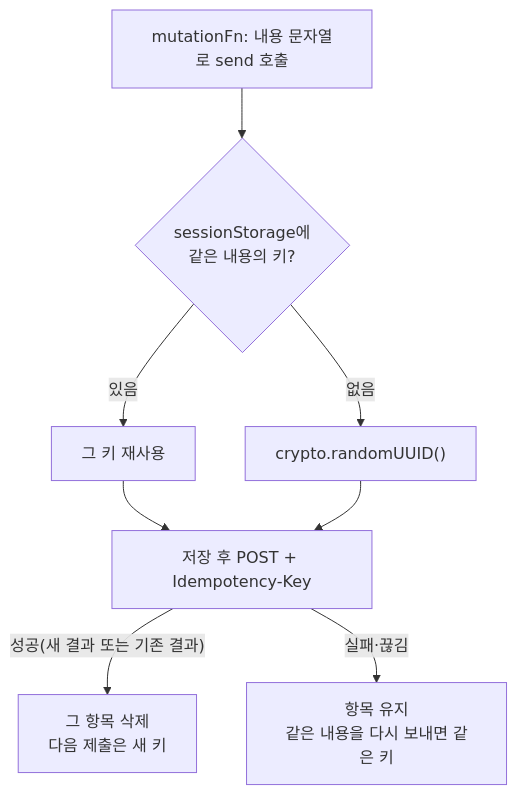
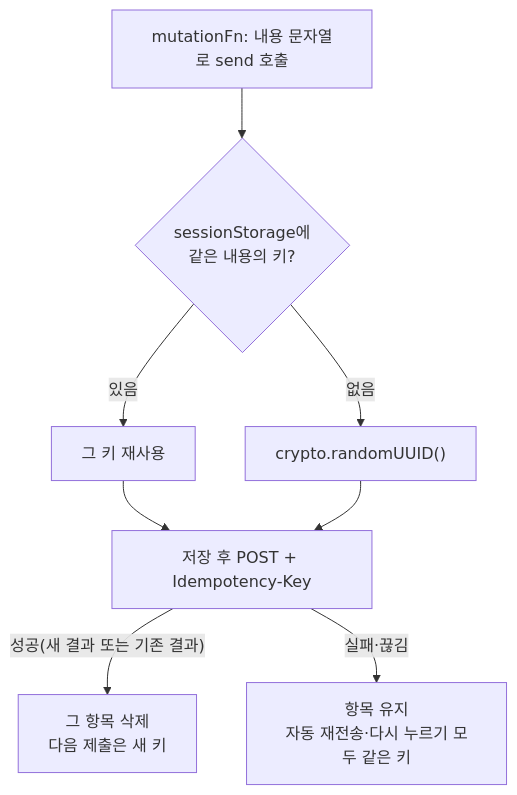
One commit to BAECHAN/link-sphere_FE_NEW changed the third of 4 diagrams in docs/FE-ARCHITECTURE.md. Above: the diagram before and after it, drawn with Mermaid. The commit also changed other lines of this file and 28 other files, not shown here.

````diff
--- a/docs/FE-ARCHITECTURE.md
+++ b/docs/FE-ARCHITECTURE.md
@@ -1923,10 +1926,10 @@
 ```mermaid
 flowchart TD
   A["mutationFn: 내용 문자열로 send 호출"] --> B{"sessionStorage에<br/>같은 내용의 키?"}
   B -->|"있음"| C["그 키 재사용"]
   B -->|"없음"| D["crypto.randomUUID()"]
   C --> E["저장 후 POST + Idempotency-Key"]
   D --> E
   E -->|"성공(새 결과 또는 기존 결과)"| F["그 항목 삭제<br/>다음 제출은 새 키"]
-  E -->|"실패·끊김"| G["항목 유지<br/>같은 내용을 다시 보내면 같은 키"]
+  E -->|"실패·끊김"| G["항목 유지<br/>자동 재전송·다시 누르기 모두 같은 키"]
 ```
````
